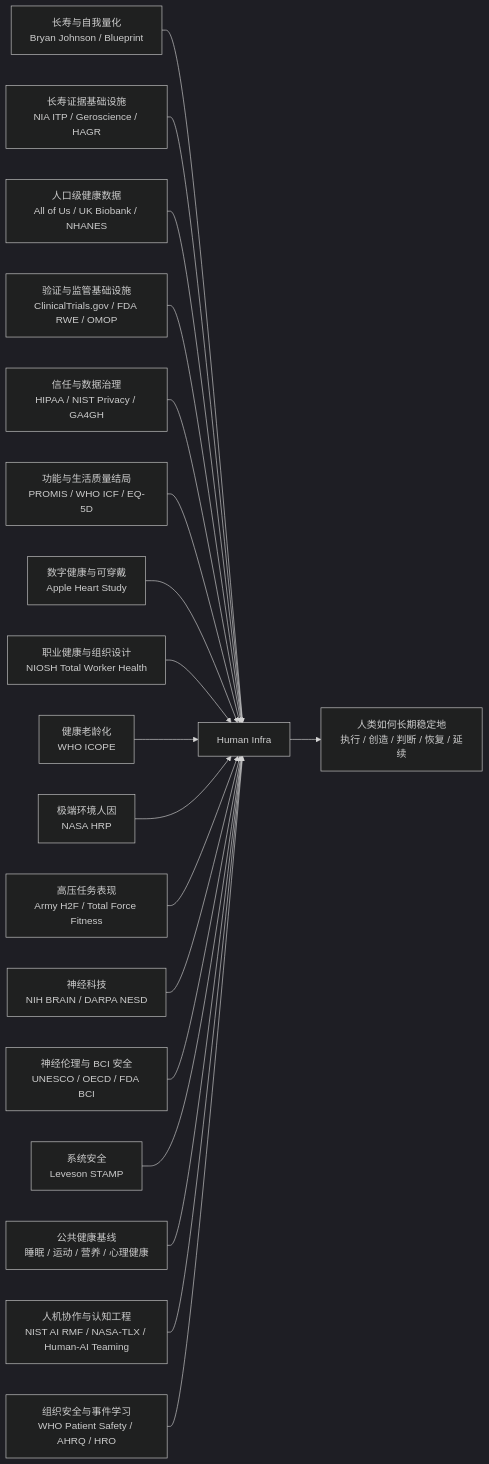
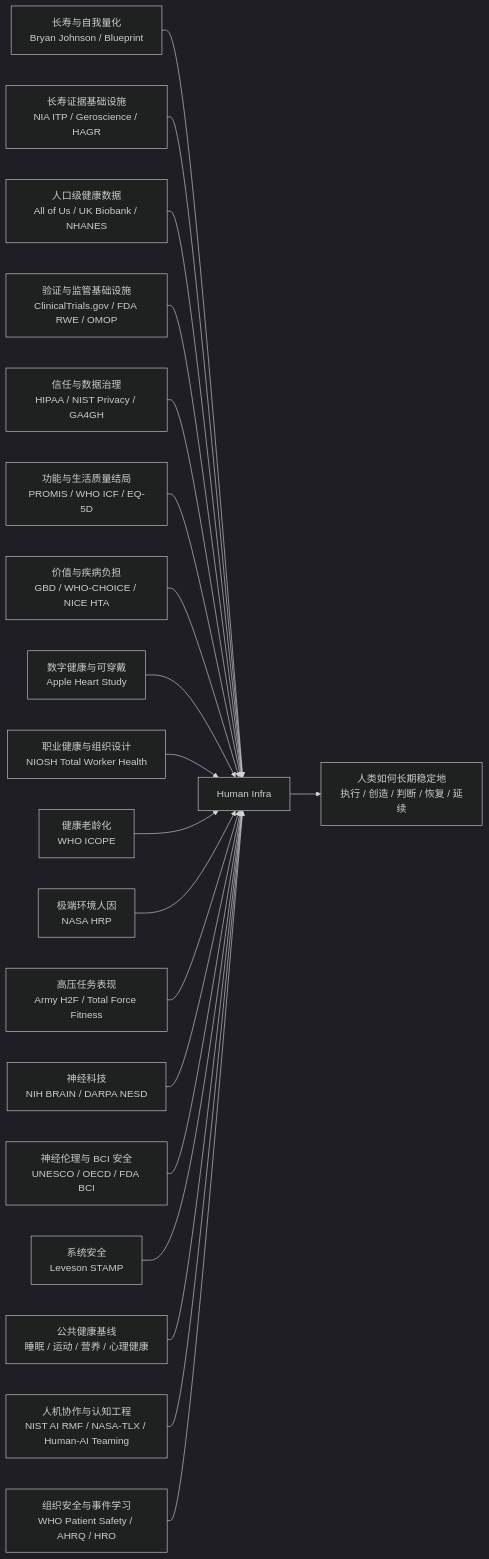
The first of 4 diagrams in README.md (123olp/ys), drawn with Mermaid (dark theme) before and after one commit. The commit also changed other lines of this file and 2 other files, not shown here.

````diff
--- a/README.md
+++ b/README.md
@@ -22,22 +22,23 @@
 ```mermaid
 flowchart LR
     A[长寿与自我量化<br/>Bryan Johnson / Blueprint] --> H[Human Infra]
     L[长寿证据基础设施<br/>NIA ITP / Geroscience / HAGR] --> H
     P[人口级健康数据<br/>All of Us / UK Biobank / NHANES] --> H
     R[验证与监管基础设施<br/>ClinicalTrials.gov / FDA RWE / OMOP] --> H
     T[信任与数据治理<br/>HIPAA / NIST Privacy / GA4GH] --> H
     Q[功能与生活质量结局<br/>PROMIS / WHO ICF / EQ-5D] --> H
+    V[价值与疾病负担<br/>GBD / WHO-CHOICE / NICE HTA] --> H
     B[数字健康与可穿戴<br/>Apple Heart Study] --> H
     C[职业健康与组织设计<br/>NIOSH Total Worker Health] --> H
     D[健康老龄化<br/>WHO ICOPE] --> H
     E[极端环境人因<br/>NASA HRP] --> H
     F[高压任务表现<br/>Army H2F / Total Force Fitness] --> H
     G[神经科技<br/>NIH BRAIN / DARPA NESD] --> H
     N[神经伦理与 BCI 安全<br/>UNESCO / OECD / FDA BCI] --> H
     I[系统安全<br/>Leveson STAMP] --> H
     K[公共健康基线<br/>睡眠 / 运动 / 营养 / 心理健康] --> H
     M[人机协作与认知工程<br/>NIST AI RMF / NASA-TLX / Human-AI Teaming] --> H
     O[组织安全与事件学习<br/>WHO Patient Safety / AHRQ / HRO] --> H
 
     H --> J[人类如何长期稳定地<br/>执行 / 创造 / 判断 / 恢复 / 延续]
 ```
````
